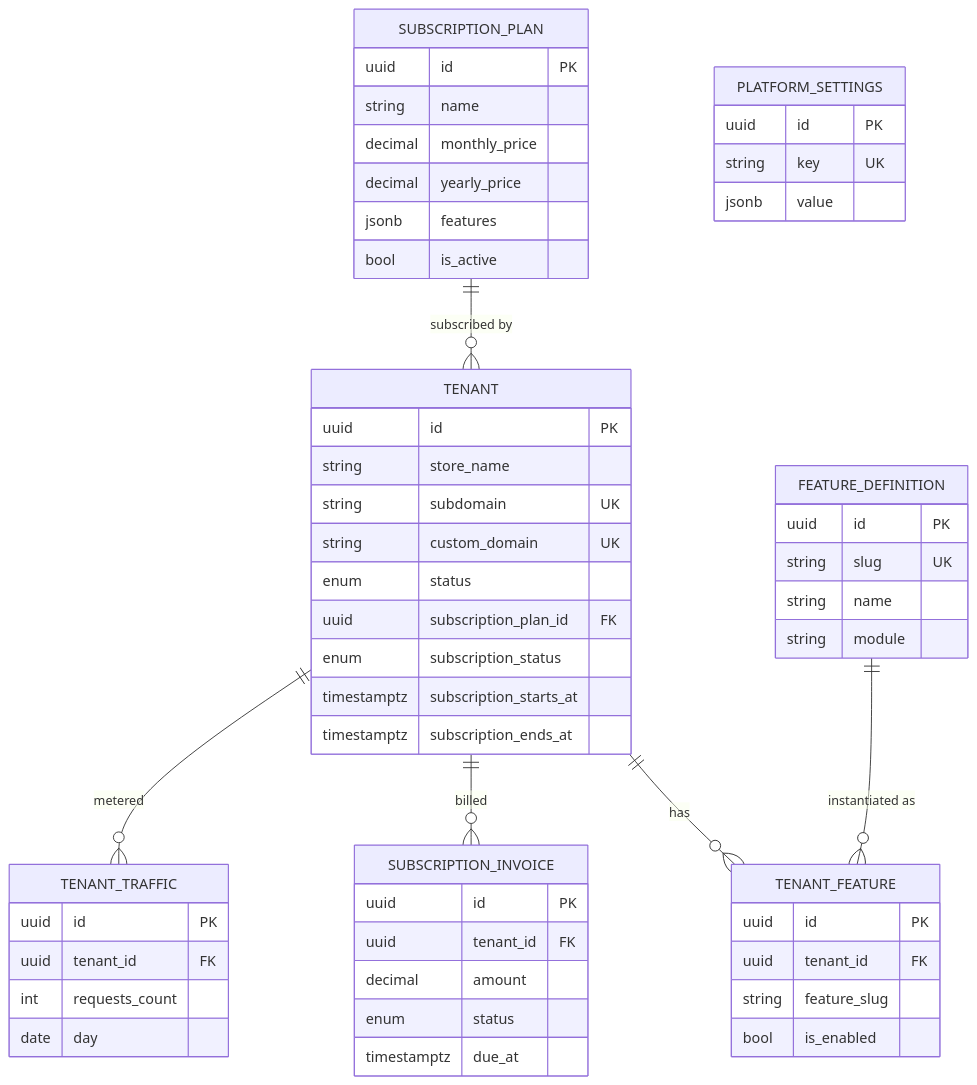
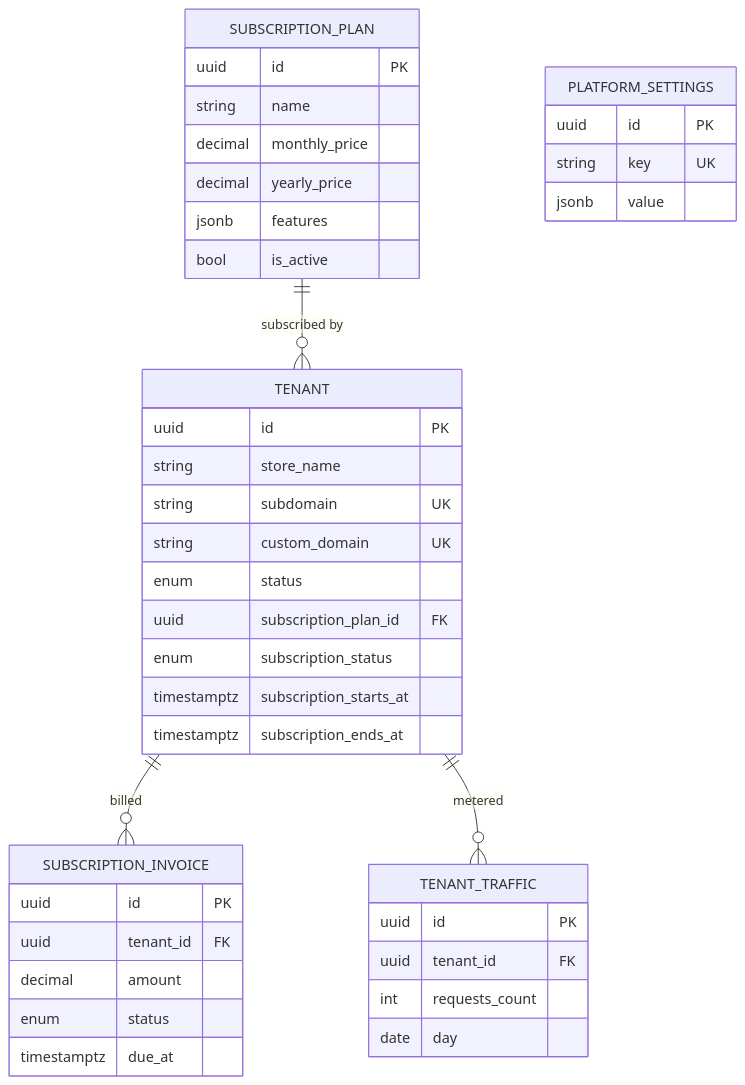
Before and after one commit to gowtamkumar/eCommerce-multi-store-saas-erp: the second of 14 diagrams in doc/system-design/erp_master_database_design.md, drawn with Mermaid. The commit also changed other lines of this file and 18 other files, not shown here.

````diff
--- a/doc/system-design/erp_master_database_design.md
+++ b/doc/system-design/erp_master_database_design.md
@@ -262,58 +261,44 @@
 ```mermaid
 erDiagram
   TENANT {
     uuid id PK
     string store_name
     string subdomain UK
     string custom_domain UK
     enum status
     uuid subscription_plan_id FK
     enum subscription_status
     timestamptz subscription_starts_at
     timestamptz subscription_ends_at
   }
   SUBSCRIPTION_PLAN {
     uuid id PK
     string name
     decimal monthly_price
     decimal yearly_price
     jsonb features
     bool is_active
   }
-  TENANT_FEATURE {
-    uuid id PK
-    uuid tenant_id FK
-    string feature_slug
-    bool is_enabled
-  }
-  FEATURE_DEFINITION {
-    uuid id PK
-    string slug UK
-    string name
-    string module
-  }
   SUBSCRIPTION_INVOICE {
     uuid id PK
     uuid tenant_id FK
     decimal amount
     enum status
     timestamptz due_at
   }
   PLATFORM_SETTINGS {
     uuid id PK
     string key UK
     jsonb value
   }
   TENANT_TRAFFIC {
     uuid id PK
     uuid tenant_id FK
     int requests_count
     date day
   }
 
   SUBSCRIPTION_PLAN ||--o{ TENANT             : "subscribed by"
-  TENANT ||--o{ TENANT_FEATURE                : "has"
-  FEATURE_DEFINITION ||--o{ TENANT_FEATURE    : "instantiated as"
   TENANT ||--o{ SUBSCRIPTION_INVOICE          : "billed"
   TENANT ||--o{ TENANT_TRAFFIC                : "metered"
 ```
````
